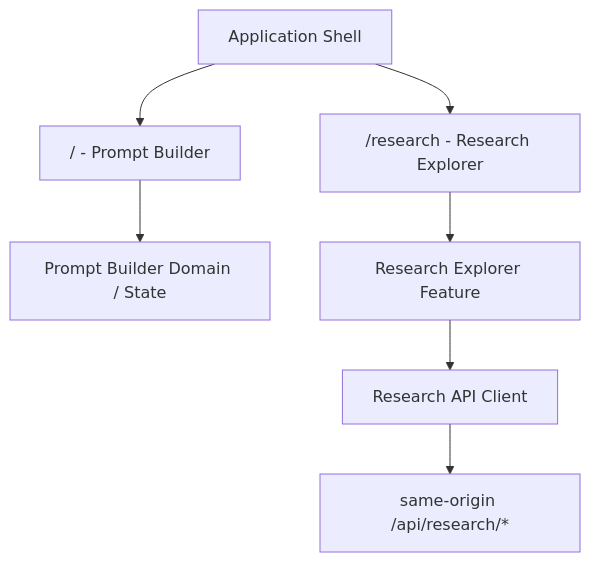
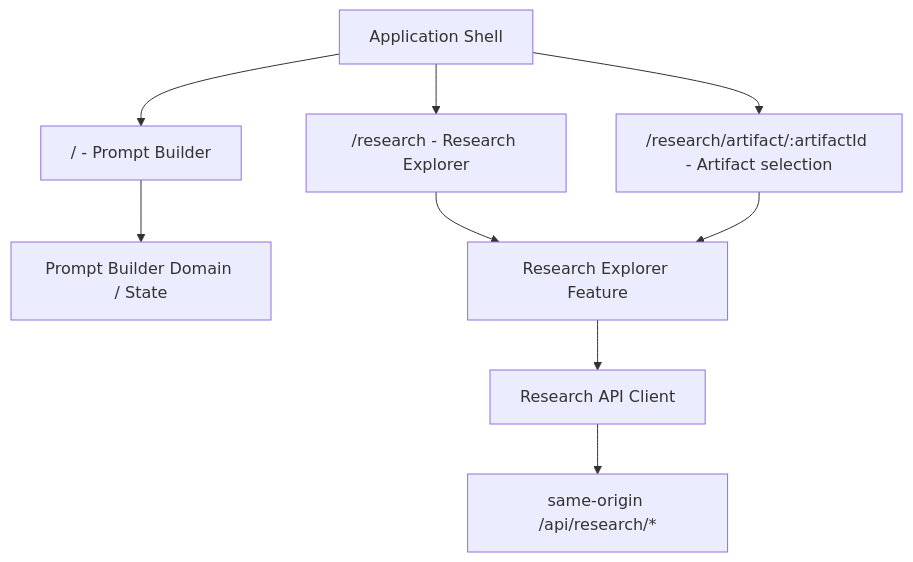
One commit to whatrune/sd-prompt-studio changed the first of 3 diagrams in docs/research/research-explorer-ui-design.md. Above: the diagram before and after it, drawn with Mermaid. The commit also changed other lines of this file, not shown here.

Commit message:
Clarify Research Explorer v1 UI boundaries

````diff
--- a/docs/research/research-explorer-ui-design.md
+++ b/docs/research/research-explorer-ui-design.md
@@ -64,9 +65,11 @@
 ```mermaid
 flowchart TD
     App["Application Shell"] --> PromptRoute["/ - Prompt Builder"]
     App --> ResearchRoute["/research - Research Explorer"]
+    App --> ArtifactRoute["/research/artifact/:artifactId - Artifact selection"]
     PromptRoute --> PromptDomain["Prompt Builder Domain / State"]
     ResearchRoute --> ResearchFeature["Research Explorer Feature"]
+    ArtifactRoute --> ResearchFeature
     ResearchFeature --> ResearchClient["Research API Client"]
     ResearchClient --> Api["same-origin /api/research/*"]
 ```
````
